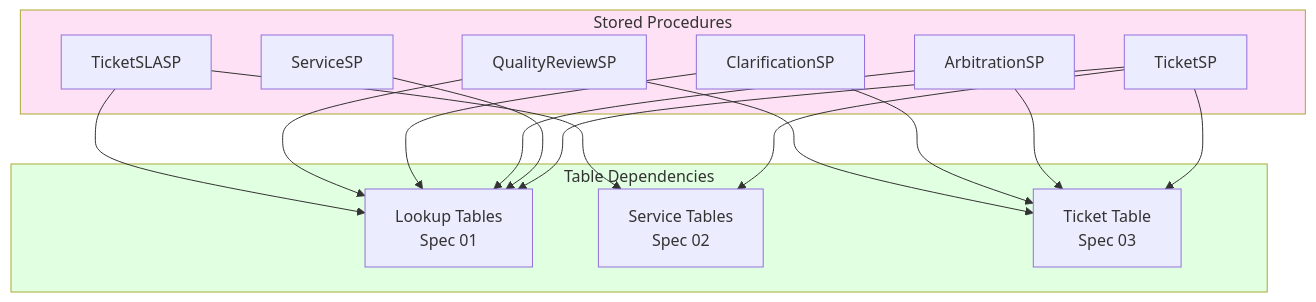
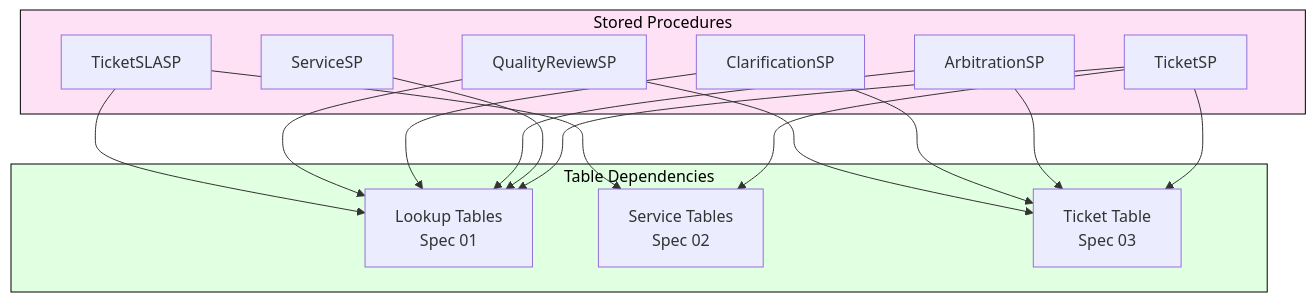
One commit to Fahad1993/SmartFoundationTickets changed the fifth of 12 diagrams in workflow_analysis.md. Above: the diagram before and after it, drawn with Mermaid. The commit also changed other lines of this file and 25 other files, not shown here.

First line of the commit message:
Add ticketing DB schema and sync workflows

````diff
--- a/workflow_analysis.md
+++ b/workflow_analysis.md
@@ -253,38 +282,41 @@
 ```mermaid
 graph TB
     subgraph SPs["Stored Procedures"]
         TicketSP[TicketSP]
         ServiceSP[ServiceSP]
         ArbitrationSP[ArbitrationSP]
         ClarificationSP[ClarificationSP]
         QualityReviewSP[QualityReviewSP]
         TicketSLASP[TicketSLASP]
     end
 
     subgraph Tables["Table Dependencies"]
         Lkp[Lookup Tables<br/>Spec 01]
         Svc[Service Tables<br/>Spec 02]
         Tkt[Ticket Table<br/>Spec 03]
     end
 
     TicketSP --> Lkp
     TicketSP --> Svc
     TicketSP --> Tkt
 
     ServiceSP --> Lkp
 
     ArbitrationSP --> Tkt
     ArbitrationSP --> Lkp
 
     ClarificationSP --> Tkt
     ClarificationSP --> Lkp
 
     QualityReviewSP --> Tkt
     QualityReviewSP --> Lkp
 
     TicketSLASP --> Svc
     TicketSLASP --> Lkp
 
-    style SPs fill:#ffe1f5
-    style Tables fill:#e1ffe1
+    classDef spFont fill:#ffe1f5,stroke:#000000,stroke-width:1px,color:#000000;
+    class SPs spFont;
+
+    classDef tableFont fill:#e1ffe1,stroke:#000000,stroke-width:1px,color:#000000;
+    class Tables tableFont;
 ```
````
